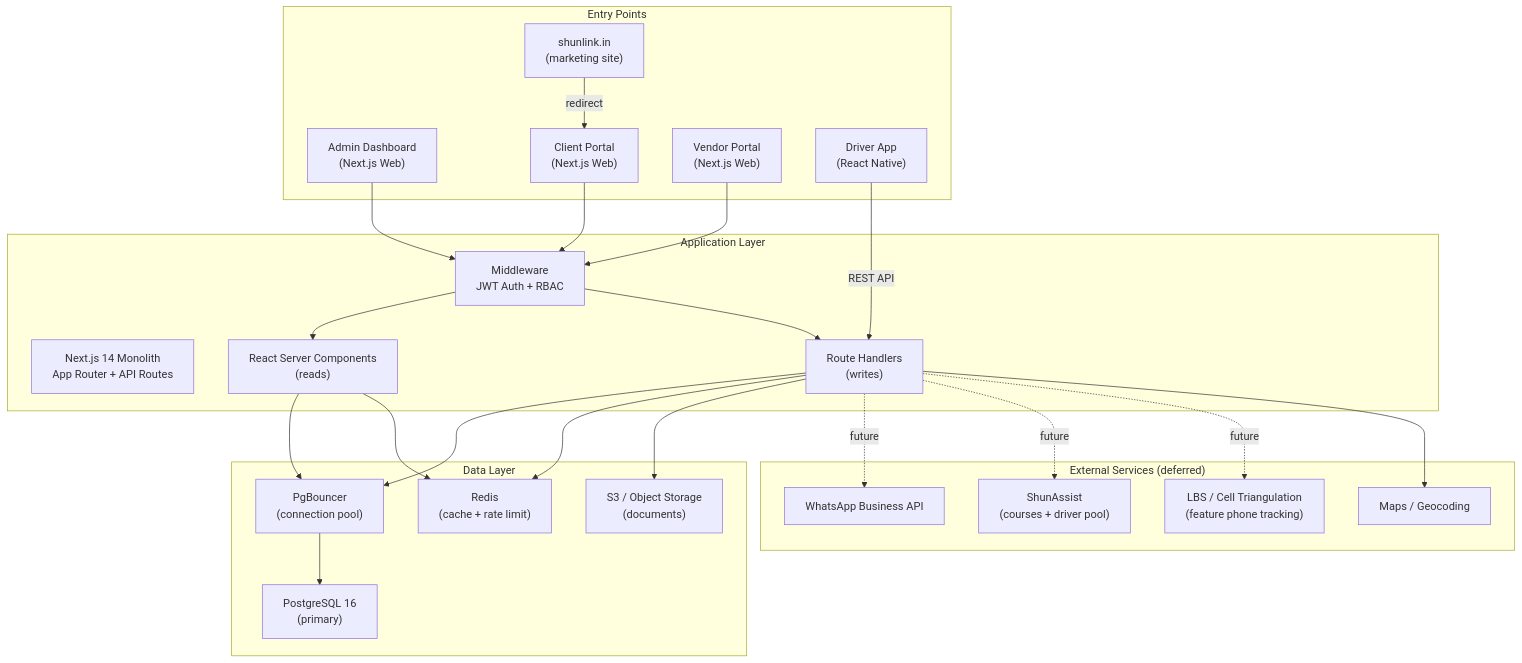
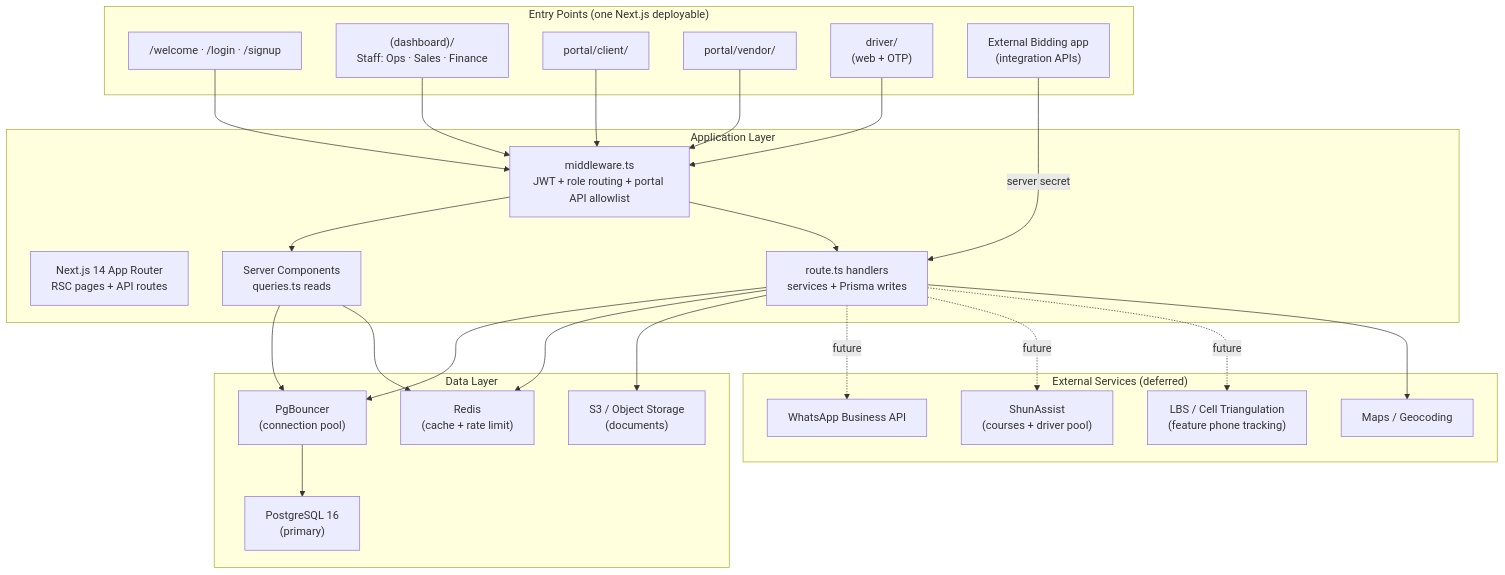
The first of 20 diagrams in docs/ARCHITECTURE_AND_USER_FLOW.md (shunlink/tms), drawn with Mermaid before and after one commit. The commit also changed other lines of this file and 7 other files, not shown here.

````diff
--- a/docs/ARCHITECTURE_AND_USER_FLOW.md
+++ b/docs/ARCHITECTURE_AND_USER_FLOW.md
@@ -13,51 +15,53 @@
 ```mermaid
 graph TB
-    subgraph "Entry Points"
-        SHUNLINK["shunlink.in<br/>(marketing site)"]
-        ADMIN_WEB["Admin Dashboard<br/>(Next.js Web)"]
-        CLIENT_WEB["Client Portal<br/>(Next.js Web)"]
-        VENDOR_WEB["Vendor Portal<br/>(Next.js Web)"]
-        DRIVER_APP["Driver App<br/>(React Native)"]
+    subgraph "Entry Points (one Next.js deployable)"
+        WELCOME["/welcome · /login · /signup"]
+        DASH["(dashboard)/<br/>Staff: Ops · Sales · Finance"]
+        PC["portal/client/"]
+        PV["portal/vendor/"]
+        DRV_WEB["driver/<br/>(web + OTP)"]
+        BIDDING["External Bidding app<br/>(integration APIs)"]
     end
 
     subgraph "Application Layer"
-        NEXTJS["Next.js 14 Monolith<br/>App Router + API Routes"]
-        MW["Middleware<br/>JWT Auth + RBAC"]
-        RSC["React Server Components<br/>(reads)"]
-        API["Route Handlers<br/>(writes)"]
+        NEXTJS["Next.js 14 App Router<br/>RSC pages + API routes"]
+        MW["middleware.ts<br/>JWT + role routing + portal API allowlist"]
+        RSC["Server Components<br/>queries.ts reads"]
+        API["route.ts handlers<br/>services + Prisma writes"]
     end
 
     subgraph "Data Layer"
         PGB["PgBouncer<br/>(connection pool)"]
         PG["PostgreSQL 16<br/>(primary)"]
         REDIS["Redis<br/>(cache + rate limit)"]
         S3["S3 / Object Storage<br/>(documents)"]
     end
 
     subgraph "External Services (deferred)"
         WA["WhatsApp Business API"]
         SA["ShunAssist<br/>(courses + driver pool)"]
         LBS["LBS / Cell Triangulation<br/>(feature phone tracking)"]
         MAPS["Maps / Geocoding"]
     end
 
-    SHUNLINK -->|redirect| CLIENT_WEB
-    ADMIN_WEB --> MW
-    CLIENT_WEB --> MW
-    VENDOR_WEB --> MW
-    DRIVER_APP -->|REST API| API
+    WELCOME --> MW
+    DASH --> MW
+    PC --> MW
+    PV --> MW
+    DRV_WEB --> MW
+    BIDDING -->|server secret| API
 
     MW --> RSC
     MW --> API
     RSC --> PGB
     API --> PGB
     PGB --> PG
     RSC --> REDIS
     API --> REDIS
     API --> S3
 
     API -.->|future| WA
     API -.->|future| SA
     API -.->|future| LBS
     API --> MAPS
 ```
````
